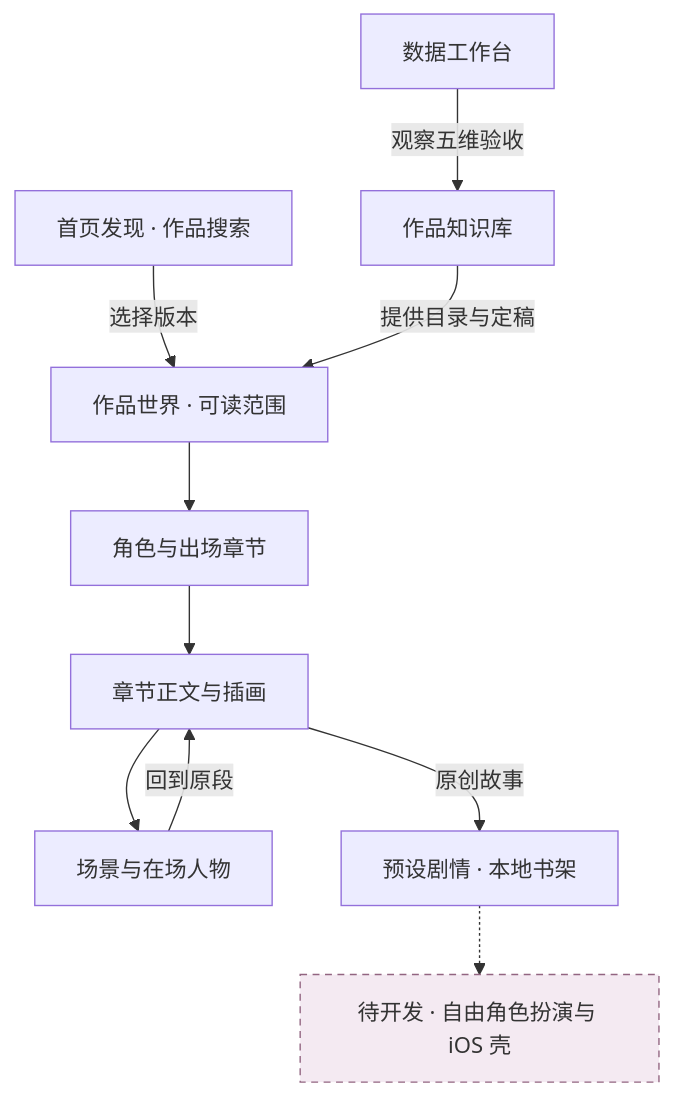
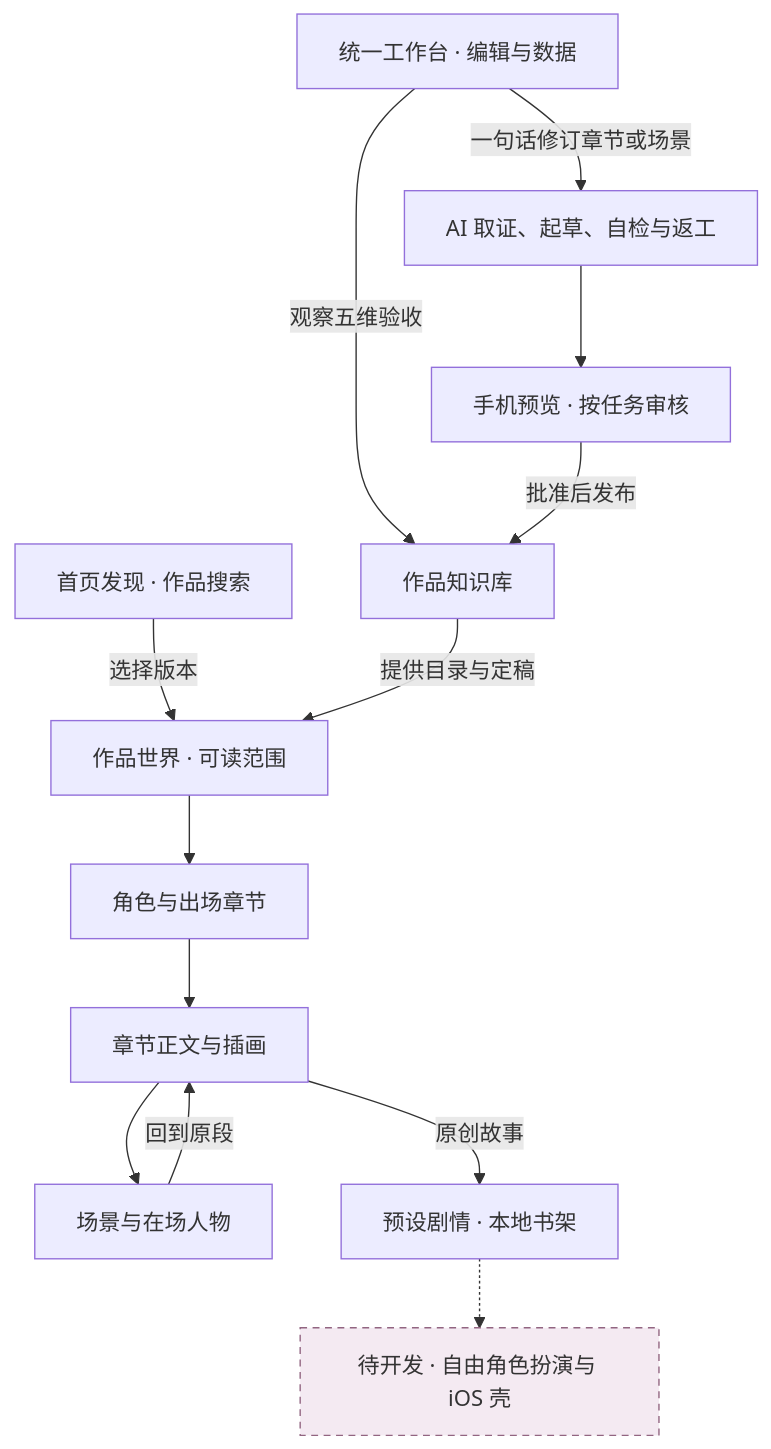
Before and after one commit to bluedao10000/player: the diagram in docs/diagrams/product.mmd, drawn with Mermaid. The commit also changed 33 other files, not shown here.

```diff
--- a/docs/diagrams/product.mmd
+++ b/docs/diagrams/product.mmd
@@ -1,21 +1,26 @@
 flowchart TB
     discovery["首页发现 · 作品搜索"] -->|选择版本| world["作品世界 · 可读范围"]
     world --> cast["角色与出场章节"]
     cast --> chapter["章节正文与插画"]
     chapter --> scene["场景与在场人物"]
     scene -->|回到原段| chapter
     chapter -->|原创故事| play["预设剧情 · 本地书架"]
     play -.-> future["待开发 · 自由角色扮演与 iOS 壳"]
     catalog["作品知识库"] -->|提供目录与定稿| world
-    desk["数据工作台"] -->|观察五维验收| catalog
+    desk["统一工作台 · 编辑与数据"] -->|观察五维验收| catalog
+    desk -->|一句话修订章节或场景| edit["AI 取证、起草、自检与返工"]
+    edit --> review["手机预览 · 按任务审核"]
+    review -->|批准后发布| catalog
     classDef pending fill:#f4eaf2,stroke:#926581,stroke-dasharray:5 4
     class future pending
 %% discovery | 从首页作品栏或别名搜索确定要读的作品版本。 | apps/web/src/features/post/editorial.tsx
 %% world | 读取作品关系图和当前连续完成的集数。 | apps/api/internal/knowledge/world_api.go
 %% cast | 角色页按作品版本列出人物实际出场的章节。 | apps/web/src/features/worlds/pages.tsx
 %% chapter | 定稿正文保存章节 slug、段落与插图的稳定锚点。 | apps/api/internal/knowledge/acceptance.go
 %% scene | 场景携带 return_to.href，可以回到故事中对应的段落。 | apps/api/internal/knowledge/world_api.go
 %% play | 原创故事有预设行动，进度与收藏保存在浏览器。 | apps/web/src/features/post/roleplay-controls.tsx
 %% future | 自由输入与服务器多轮角色扮演、原生壳仍待实现。 | docs/产品架构.md
 %% catalog | 目录、已清洗身份、作品世界和范围定稿在 PostgreSQL 中分别建模。 | apps/api/internal/knowledge/sql
 %% desk | 工作台通过 Gin 读取来源、取证、试稿与自动验收记录。 | apps/web/src/features/workbench/feed.ts
+%% edit | 数据服务运行编辑任务，Go 校验引用，Pi 独立校对。 | apps/api/internal/knowledge/editor_worker.go
+%% review | 审批校验稿件轮次和定稿基线，事务内更新公开文字。 | apps/api/internal/knowledge/editor.go
```
